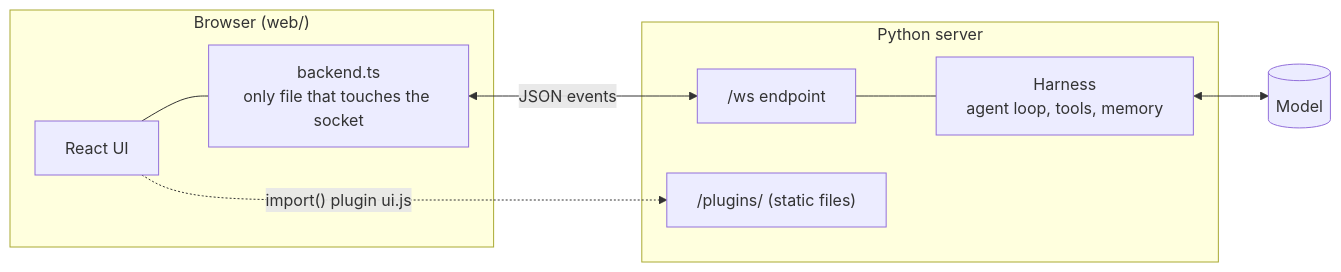
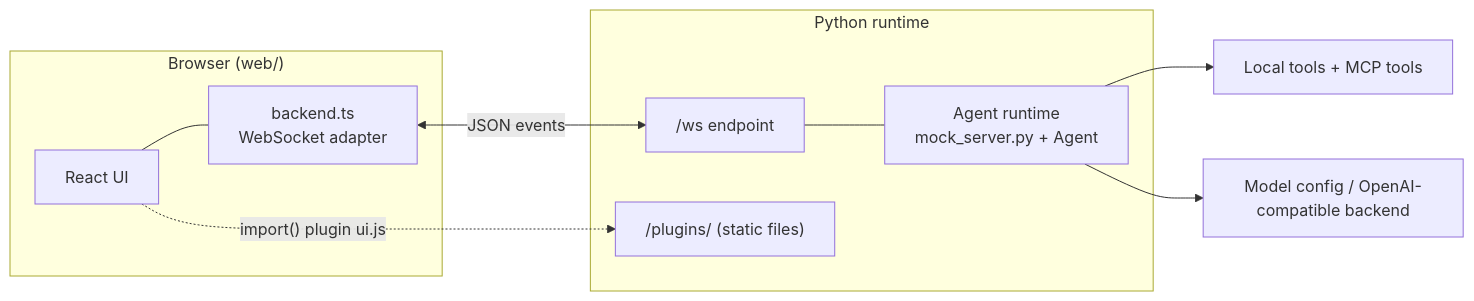
Before and after one commit to LS-Stray-Synapses/Axol: the first of 2 diagrams in docs/Architecture/Front end.md, drawn with Mermaid. The commit also changed other lines of this file and 16 other files, not shown here.

````diff
--- a/docs/Architecture/Front end.md
+++ b/docs/Architecture/Front end.md
@@ -16,13 +16,14 @@
 ```mermaid
 flowchart LR
     subgraph Browser["Browser (web/)"]
-        UI[React UI] --- B[backend.ts<br/>only file that touches the socket]
+        UI[React UI] --- B[backend.ts<br/>WebSocket adapter]
     end
-    subgraph Server["Python server"]
-        WS["/ws endpoint"] --- H[Harness<br/>agent loop, tools, memory]
+    subgraph Server["Python runtime"]
+        WS["/ws endpoint"] --- H[Agent runtime<br/>mock_server.py + Agent]
         P["/plugins/ (static files)"]
     end
     B <-- "JSON events" --> WS
     UI -. "import() plugin ui.js" .-> P
-    H <--> M[(Model)]
+    H --> Tools[Local tools + MCP tools]
+    H --> Models[Model config / OpenAI-compatible backend]
 ```
````
